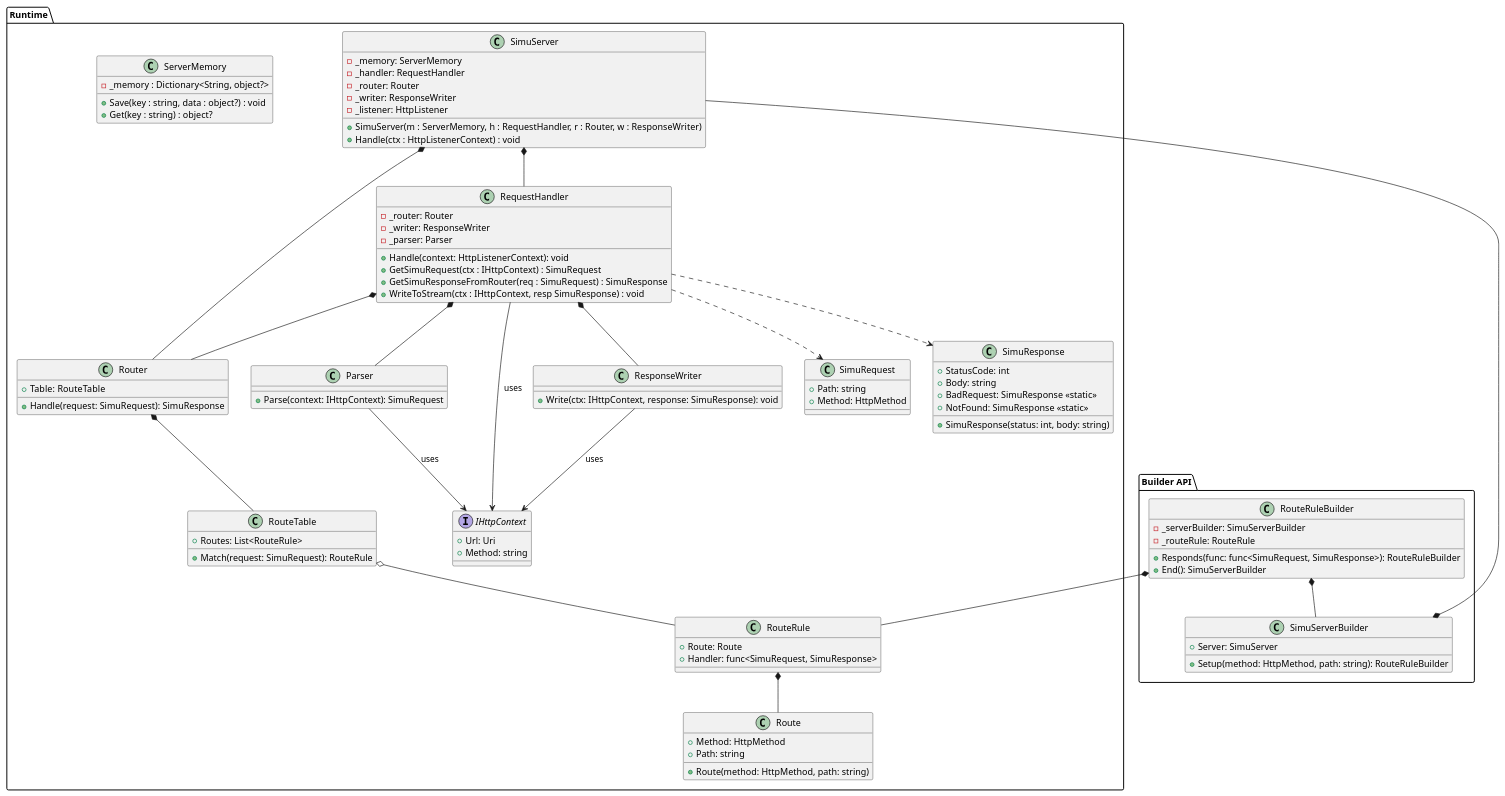
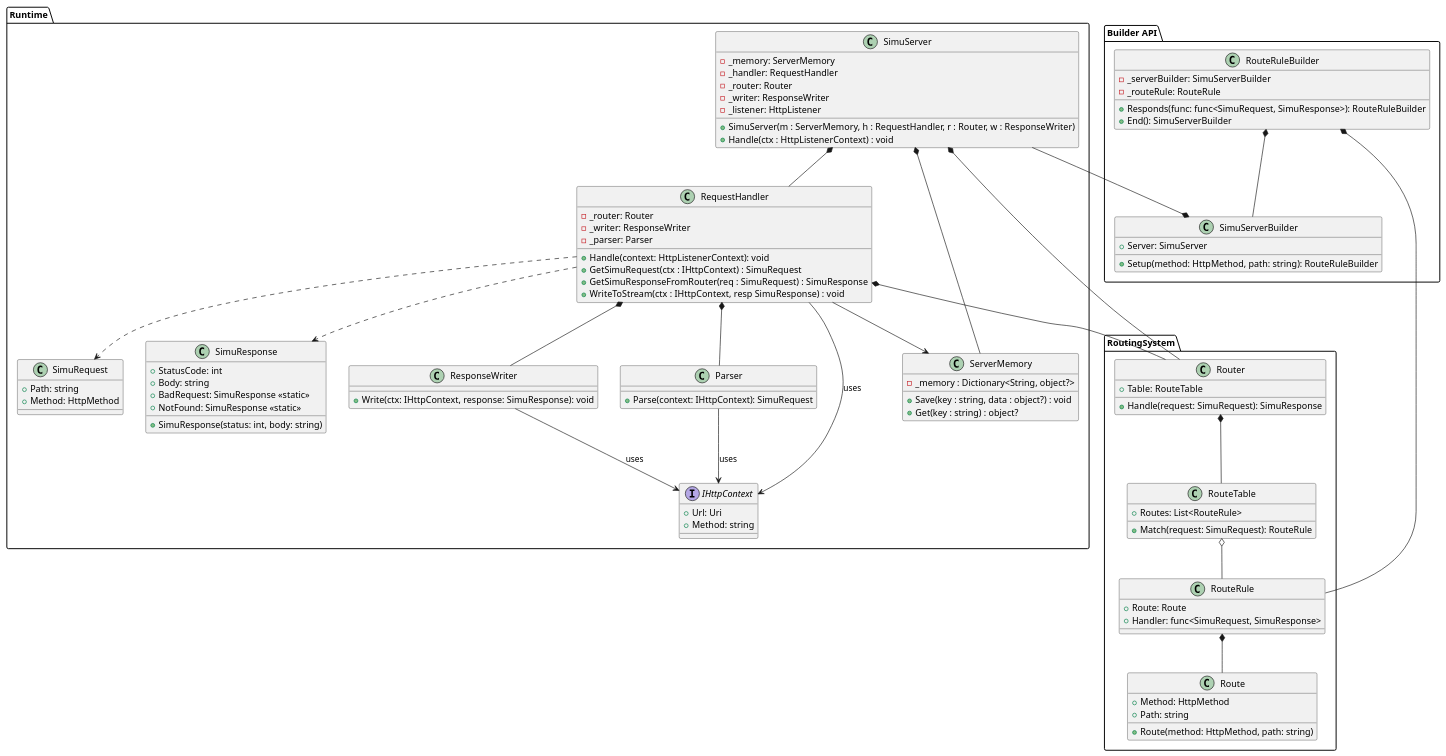
One commit to Addurezz/SimuRest changed the diagram in SimuRest.Core/docs/Class.puml. Above: the diagram before and after it, drawn with PlantUML. The commit also changed 2 other files, not shown here.

```diff
--- a/SimuRest.Core/docs/Class.puml
+++ b/SimuRest.Core/docs/Class.puml
@@ -1,126 +1,129 @@
 @startuml
 'https://plantuml.com/class-diagram
 
 
 package "Runtime" {
     class SimuServer {
         - _memory: ServerMemory
         - _handler: RequestHandler
         - _router: Router
         - _writer: ResponseWriter
         - _listener: HttpListener
         
         + SimuServer(m : ServerMemory, h : RequestHandler, r : Router, w : ResponseWriter)
         + Handle(ctx : HttpListenerContext) : void
     }
     
     class SimuRequest {
         + Path: string
         + Method: HttpMethod
     }
     class SimuResponse {
         + StatusCode: int
         + Body: string
         + BadRequest: SimuResponse <<static>> 
         + NotFound: SimuResponse <<static>> 
         
         + SimuResponse(status: int, body: string)
     }
-    
-    class Router {
-        + Table: RouteTable
-    
-        + Handle(request: SimuRequest): SimuResponse
-    }
-    
-    class RouteTable {
-        + Routes: List<RouteRule>
-        
-        + Match(request: SimuRequest): RouteRule
-    }
-    
-    class Route {
-        + Method: HttpMethod
-        + Path: string
-        
-        + Route(method: HttpMethod, path: string)
-    }
-    
-    class RouteRule {
-        + Route: Route
-        + Handler: func<SimuRequest, SimuResponse>
-    }
-    
     
     class RequestHandler {
         - _router: Router
         - _writer: ResponseWriter
         - _parser: Parser
     
         + Handle(context: HttpListenerContext): void
         + GetSimuRequest(ctx : IHttpContext) : SimuRequest
         + GetSimuResponseFromRouter(req : SimuRequest) : SimuResponse
         + WriteToStream(ctx : IHttpContext, resp SimuResponse) : void
     }
     
     class ResponseWriter {
         + Write(ctx: IHttpContext, response: SimuResponse): void
     }
     class Parser {
         + Parse(context: IHttpContext): SimuRequest
     }
     
     
     
     interface IHttpContext {
         + Url: Uri
         + Method: string
     }
     
     class ServerMemory {
         - _memory : Dictionary<String, object?> 
         
         + Save(key : string, data : object?) : void
         + Get(key : string) : object? 
     }
    
 }
 
+package RoutingSystem {
+    class Router {
+        + Table: RouteTable
+    
+        + Handle(request: SimuRequest): SimuResponse
+    }
+    
+    class RouteTable {
+        + Routes: List<RouteRule>
+        
+        + Match(request: SimuRequest): RouteRule
+    }
+    
+    class Route {
+        + Method: HttpMethod
+        + Path: string
+        
+        + Route(method: HttpMethod, path: string)
+    }
+    
+    class RouteRule {
+        + Route: Route
+        + Handler: func<SimuRequest, SimuResponse>
+    }
+}
+
 package "Builder API" {
     class SimuServerBuilder {
         + Server: SimuServer
         + Setup(method: HttpMethod, path: string): RouteRuleBuilder
     }
     
     class RouteRuleBuilder {
         - _serverBuilder: SimuServerBuilder
         - _routeRule: RouteRule
         
         + Responds(func: func<SimuRequest, SimuResponse>): RouteRuleBuilder
         + End(): SimuServerBuilder
     }
 }
 
 SimuServer --* SimuServerBuilder
 RouteRuleBuilder *-- SimuServerBuilder
+SimuServer *-- ServerMemory
 
 RouteRuleBuilder *-- RouteRule
 RouteRule *-- Route
 
+RequestHandler --> ServerMemory
 RequestHandler *-- Router
 Router *-- RouteTable
 RequestHandler *-- ResponseWriter
 RequestHandler *-- Parser
 RequestHandler --> IHttpContext : uses
 RequestHandler ..> SimuRequest
 RequestHandler ..> SimuResponse
 
 Parser --> IHttpContext : uses
 ResponseWriter --> IHttpContext : uses
 
 SimuServer *-- RequestHandler
 SimuServer *-- Router
 
 RouteTable o-- RouteRule
 
 @enduml
```
